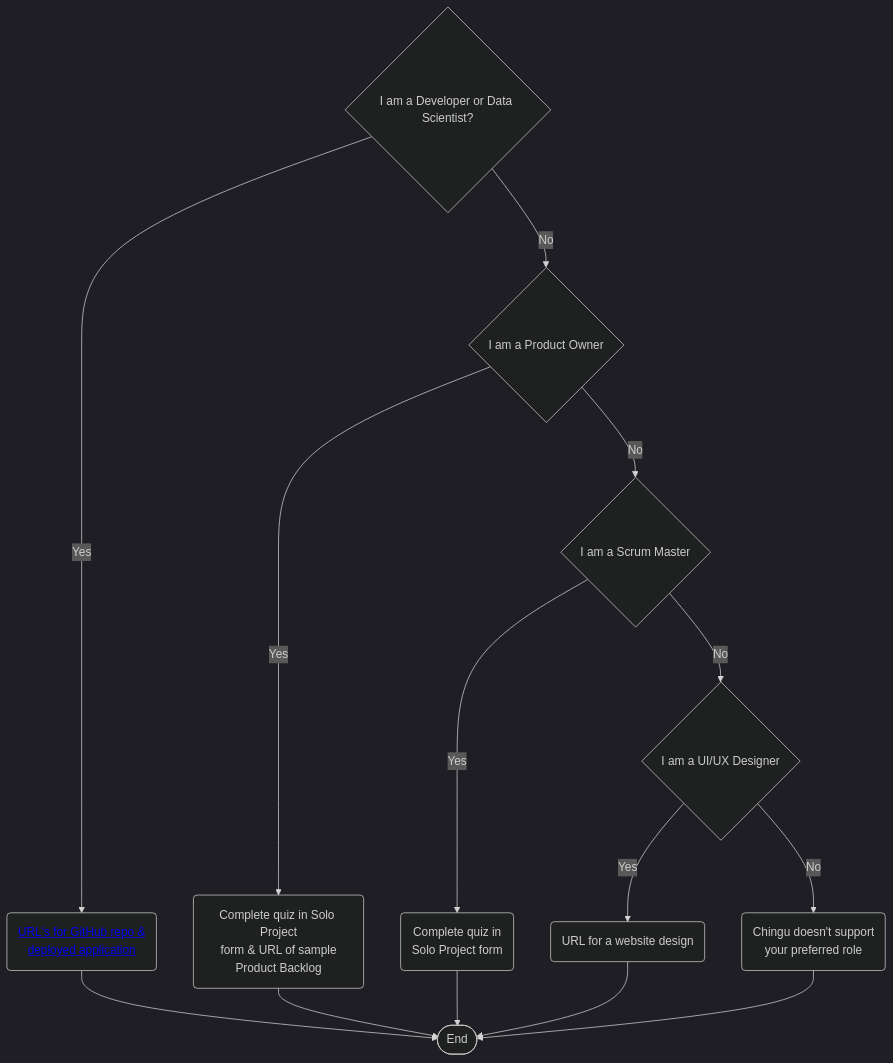
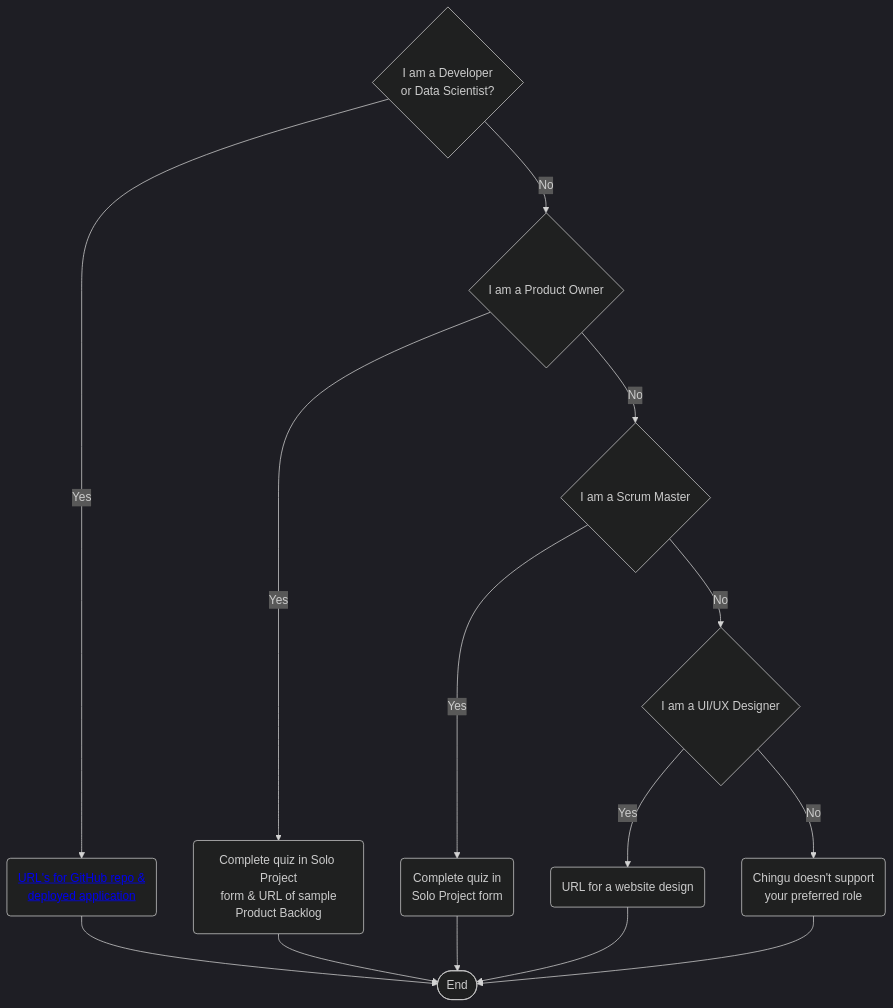
Before and after one commit to chingu-voyages/Handbook: the second of 2 diagrams in docs/guides/soloproject/soloproject.md, drawn with Mermaid (dark theme).

Commit message:
Fix: Test in-page link

````diff
--- a/docs/guides/soloproject/soloproject.md
+++ b/docs/guides/soloproject/soloproject.md
@@ -68,17 +68,17 @@
 ```mermaid
 graph TB
-    A{I am a Developer or Data Scientist?};
-    A -- Yes --> B(<a href='https://github.com/chingu-voyages/Handbook/blob/main/docs/guides/soloproject/soloproject.md#if-you-are-a-developer-or-data-scientist'>URL's for GitHub repo &</br>deployed application</a>);
+    A{I am a Developer</br>or Data Scientist?};
+    A -- Yes --> B(<a href='#if-you-are-a-developer-or-data-scientist'>URL's for GitHub repo &</br>deployed application</a>);
     A -- No --> C{I am a Product Owner};
     C -- Yes --> D(Complete quiz in Solo Project</br>form & URL of sample</br>Product Backlog);
     C -- No --> E{I am a Scrum Master};
     E -- Yes --> F(Complete quiz in</br>Solo Project form);
     E -- No --> G{I am a UI/UX Designer};
     G -- Yes --> H(URL for a website design);
     G -- No --> I(Chingu doesn't support</br>your preferred role);
     B --> Z([End]);
     D --> Z;
     F --> Z;
     H --> Z;
     I --> Z;
 ```
````
